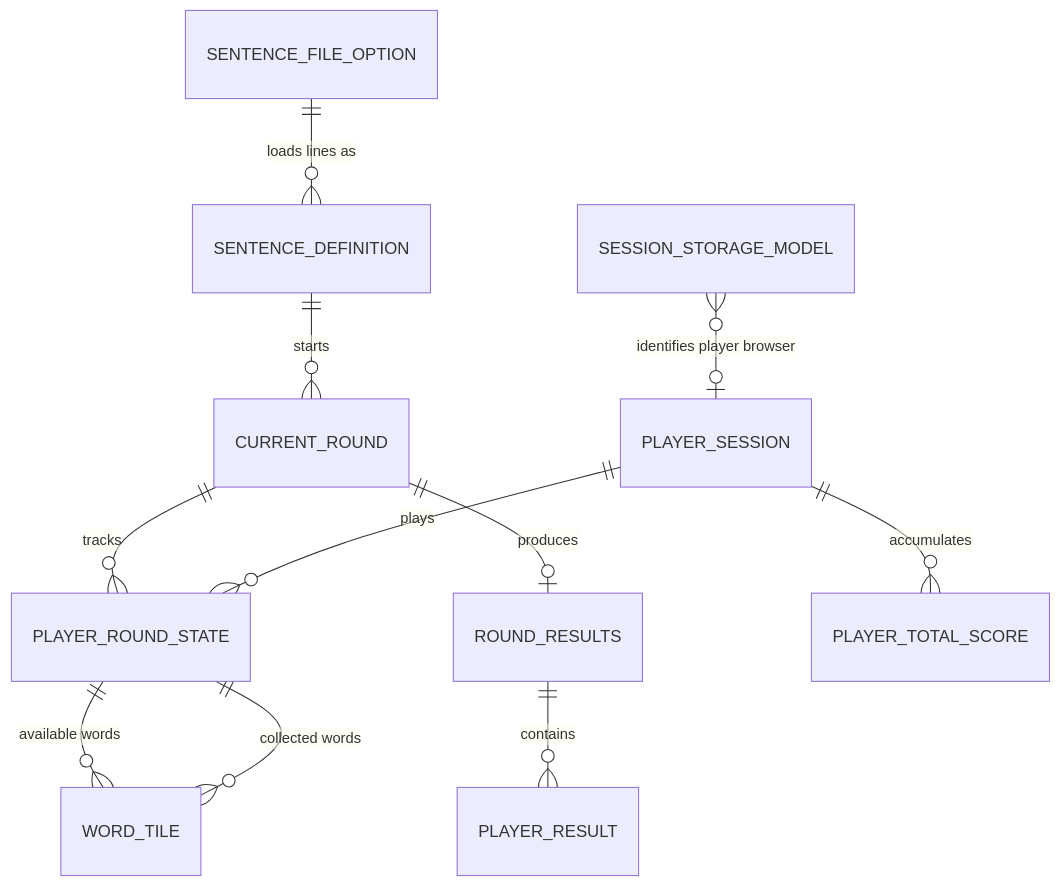
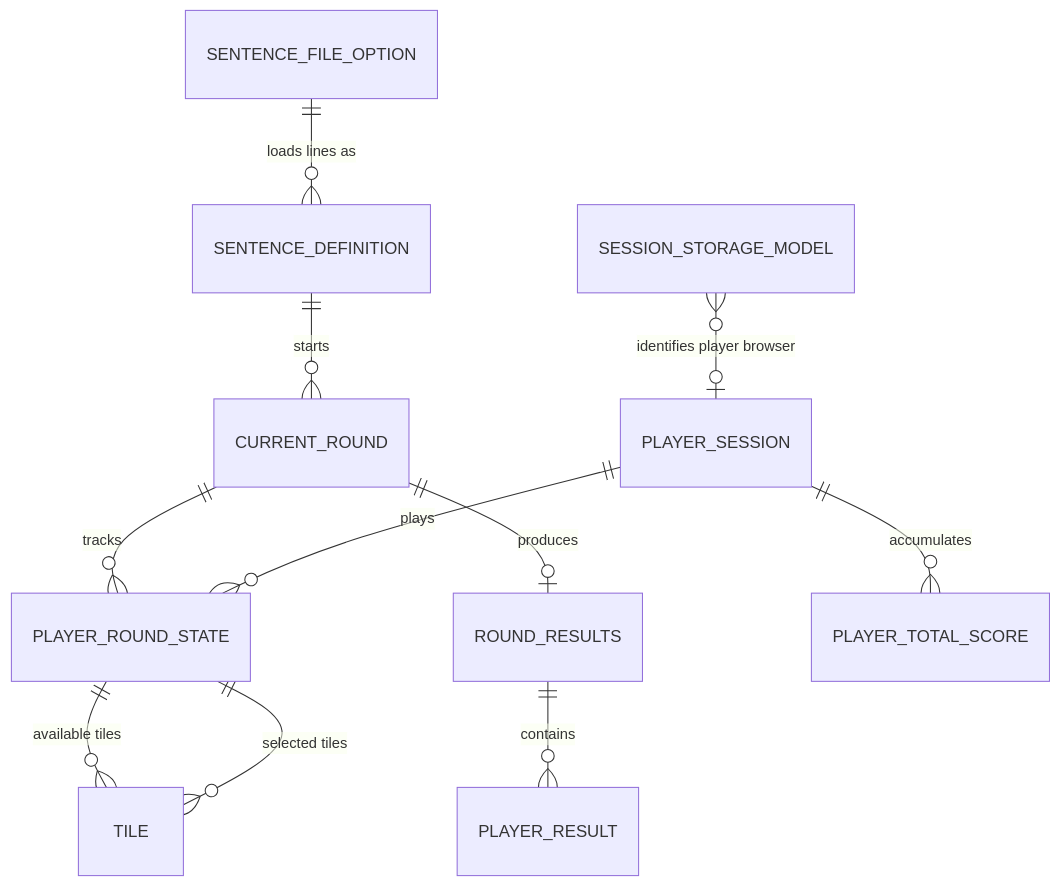
One commit to iJustHelp/have-fun changed the second of 5 diagrams in design/architecture.md. Above: the diagram before and after it, drawn with Mermaid. The commit also changed other lines of this file and 10 other files, not shown here.

````diff
--- a/design/architecture.md
+++ b/design/architecture.md
@@ -47,13 +47,13 @@
 ```mermaid
 erDiagram
     SESSION_STORAGE_MODEL }o--o| PLAYER_SESSION : "identifies player browser"
     SENTENCE_FILE_OPTION ||--o{ SENTENCE_DEFINITION : "loads lines as"
     SENTENCE_DEFINITION ||--o{ CURRENT_ROUND : "starts"
     CURRENT_ROUND ||--o{ PLAYER_ROUND_STATE : "tracks"
     PLAYER_SESSION ||--o{ PLAYER_ROUND_STATE : "plays"
-    PLAYER_ROUND_STATE ||--o{ WORD_TILE : "available words"
-    PLAYER_ROUND_STATE ||--o{ WORD_TILE : "collected words"
+    PLAYER_ROUND_STATE ||--o{ TILE : "available tiles"
+    PLAYER_ROUND_STATE ||--o{ TILE : "selected tiles"
     CURRENT_ROUND ||--o| ROUND_RESULTS : "produces"
     ROUND_RESULTS ||--o{ PLAYER_RESULT : "contains"
     PLAYER_SESSION ||--o{ PLAYER_TOTAL_SCORE : "accumulates"
 ```
````
